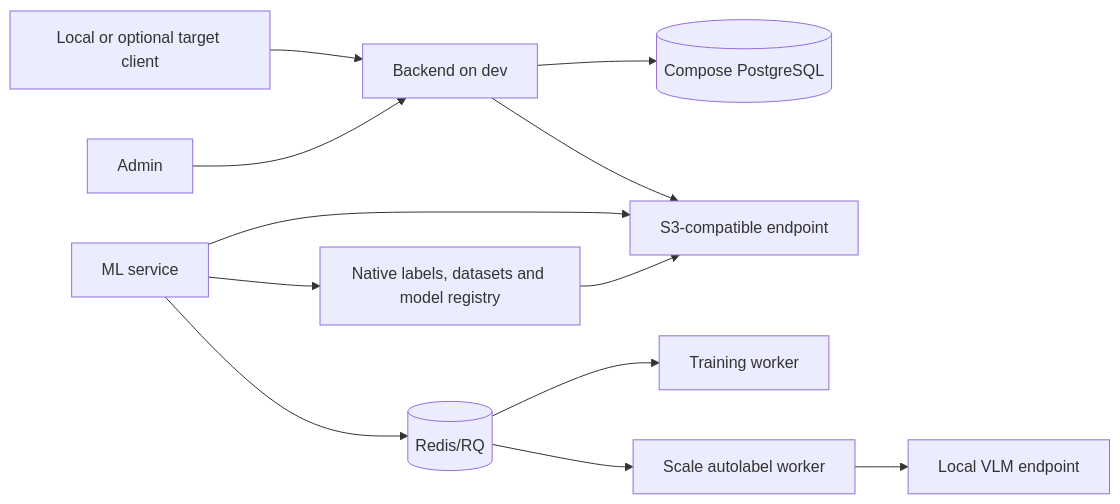
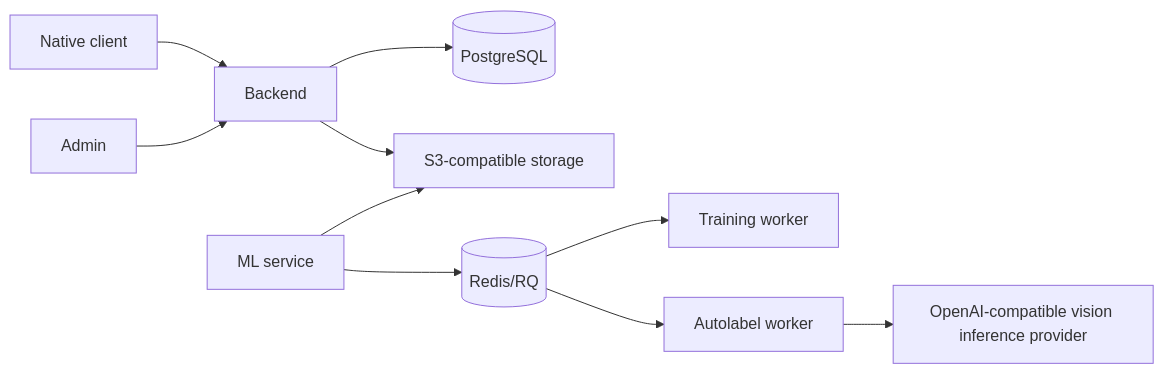
The diagram in docs/architecture.md (KamilGrundas/self-checkout), drawn with Mermaid before and after one commit. The commit also changed other lines of this file and 35 other files, not shown here.

````diff
--- a/docs/architecture.md
+++ b/docs/architecture.md
@@ -24,14 +13,12 @@
 ```mermaid
 flowchart LR
-  C[Local or optional target client] --> B[Backend on dev]
+  C[Native client] --> B[Backend]
   A[Admin] --> B
-  B --> P[(Compose PostgreSQL)]
-  B --> S[S3-compatible endpoint]
+  B --> P[(PostgreSQL)]
+  B --> S[S3-compatible storage]
   M[ML service] --> S
   M --> R[(Redis/RQ)]
   R --> T[Training worker]
-  R --> V[Scale autolabel worker]
-  V --> L[Local VLM endpoint]
-  M --> O[Native labels, datasets and model registry]
-  O --> S
+  R --> V[Autolabel worker]
+  V --> I[OpenAI-compatible vision inference provider]
 ```
````
